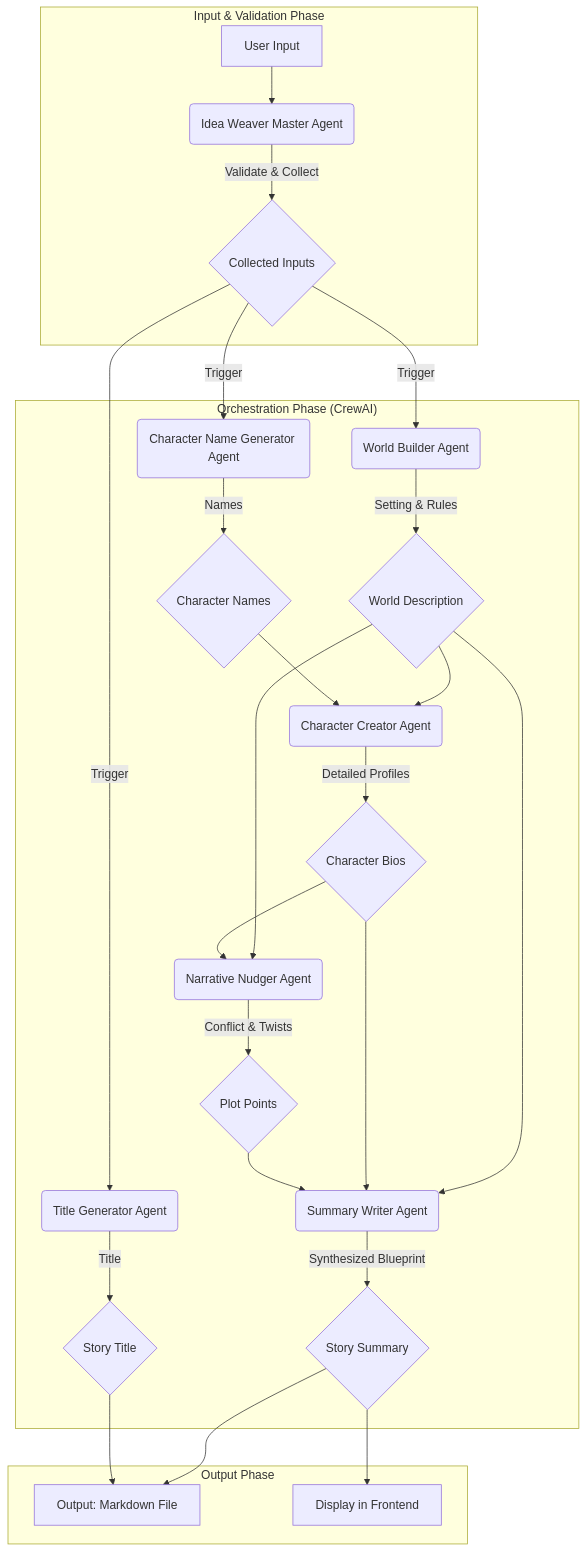
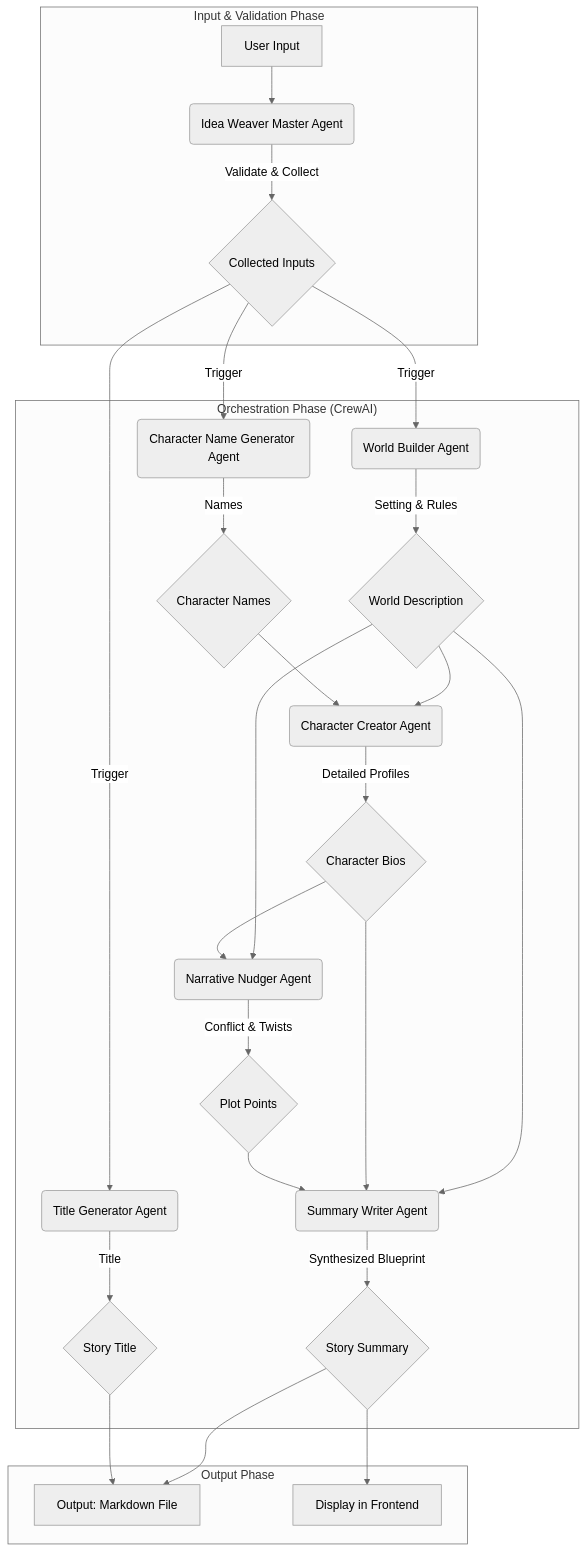
The diagram in README.md (hemantjuyal/ideaWeaver), drawn with Mermaid before and after one commit.

````diff
--- a/README.md
+++ b/README.md
@@ -35,31 +35,32 @@
 ```mermaid
+%%{init: {'theme': 'neutral'}}%%
 graph TD
     subgraph "Input & Validation Phase"
         U[User Input] --> MA(Idea Weaver Master Agent)
         MA --> |Validate & Collect| CI{Collected Inputs}
     end
 
     subgraph "Orchestration Phase (CrewAI)"
         CI --> |Trigger| WB(World Builder Agent)
         CI --> |Trigger| TGA(Title Generator Agent)
         CI --> |Trigger| CNGA(Character Name Generator Agent)
         
         WB --> |Setting & Rules| W_OUT{World Description}
         CNGA --> |Names| N_OUT{Character Names}
         TGA --> |Title| T_OUT{Story Title}
 
         W_OUT & N_OUT --> CC(Character Creator Agent)
         CC --> |Detailed Profiles| C_OUT{Character Bios}
 
         W_OUT & C_OUT --> NN(Narrative Nudger Agent)
         NN --> |Conflict & Twists| NN_OUT{Plot Points}
 
         W_OUT & C_OUT & NN_OUT --> SW(Summary Writer Agent)
         SW --> |Synthesized Blueprint| S_OUT{Story Summary}
     end
 
     subgraph "Output Phase"
         S_OUT & T_OUT --> MD[Output: Markdown File]
         S_OUT --> UI[Display in Frontend]
     end
 ```
````
